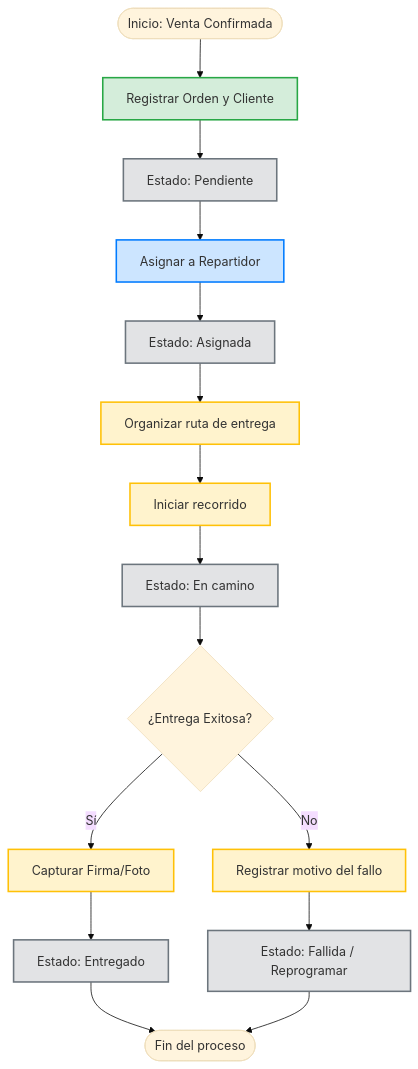
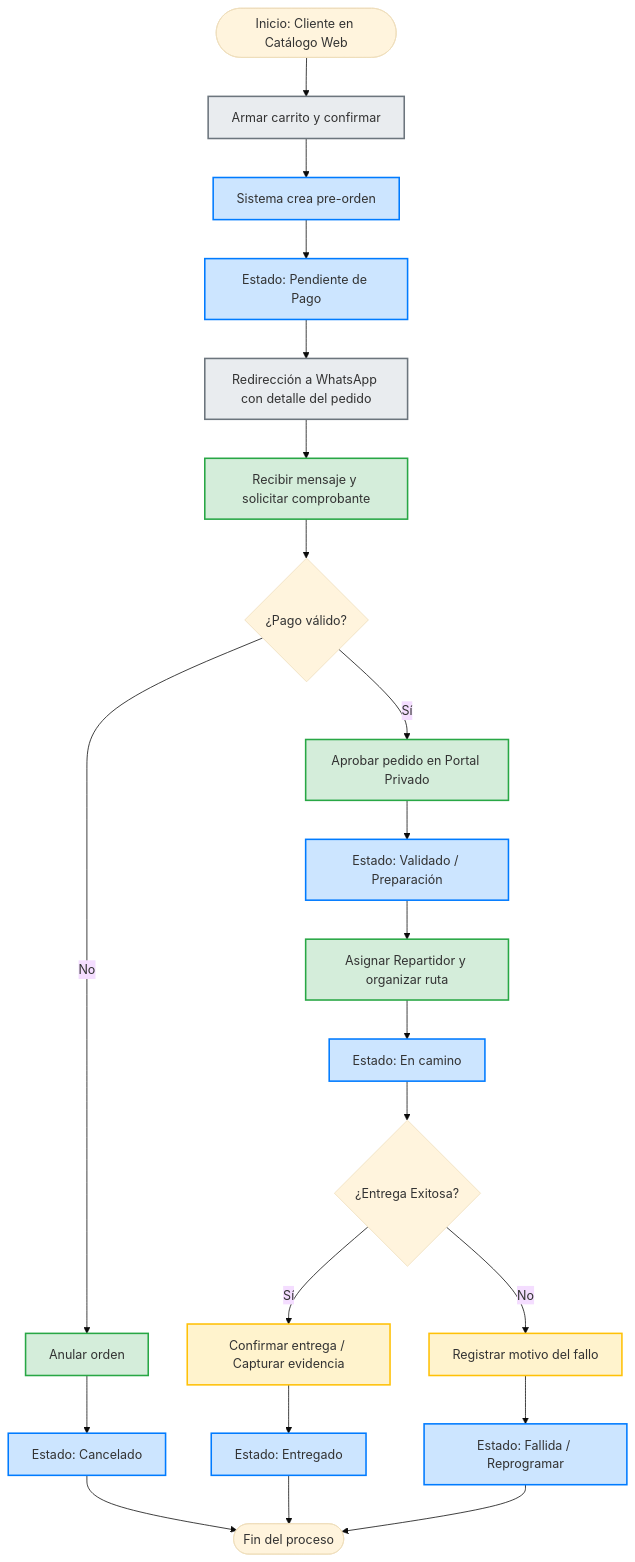
The diagram in docs/03-processes/02-delivery-flow.md (Jesusdanielseg/Etherware), drawn with Mermaid (base theme) before and after one commit. The commit also changed other lines of this file and 17 other files, not shown here.

````diff
--- a/docs/03-processes/02-delivery-flow.md
+++ b/docs/03-processes/02-delivery-flow.md
@@ -15,26 +14,35 @@
 ```mermaid
 flowchart TD
-    %% Definición de Actores mediante colores/estilos
+    %% Definición de Actores
+    classDef cliente fill:#e9ecef,stroke:#6c757d,stroke-width:2px;
     classDef vendedor fill:#d4edda,stroke:#28a745,stroke-width:2px;
-    classDef logistica fill:#cce5ff,stroke:#007bff,stroke-width:2px;
     classDef repartidor fill:#fff3cd,stroke:#ffc107,stroke-width:2px;
-    classDef sistema fill:#e2e3e5,stroke:#6c757d,stroke-width:2px;
+    classDef sistema fill:#cce5ff,stroke:#007bff,stroke-width:2px;
 
-    A([Inicio: Venta Confirmada]) --> B[Registrar Orden y Cliente]:::vendedor
-    B --> C[Estado: Pendiente]:::sistema
-    C --> D[Asignar a Repartidor]:::logistica
-    D --> E[Estado: Asignada]:::sistema
-    E --> F[Organizar ruta de entrega]:::repartidor
-    F --> G[Iniciar recorrido]:::repartidor
-    G --> H[Estado: En camino]:::sistema
-    H --> I{¿Entrega Exitosa?}
+    A([Inicio: Cliente en Catálogo Web]) --> B[Armar carrito y confirmar]:::cliente
+    B --> C[Sistema crea pre-orden]:::sistema
+    C --> D[Estado: Pendiente de Pago]:::sistema
+    D --> E[Redirección a WhatsApp con detalle del pedido]:::cliente
   
-    I -- Sí --> J[Capturar Firma/Foto]:::repartidor
-    J --> K[Estado: Entregado]:::sistema
+    E --> F[Recibir mensaje y solicitar comprobante]:::vendedor
+    F --> G{¿Pago válido?}
   
-    I -- No --> L[Registrar motivo del fallo]:::repartidor
-    L --> M[Estado: Fallida / Reprogramar]:::sistema
+    G -- No --> H[Anular orden]:::vendedor
+    H --> I[Estado: Cancelado]:::sistema
   
-    K --> N([Fin del proceso])
-    M --> N
+    G -- Sí --> J[Aprobar pedido en Portal Privado]:::vendedor
+    J --> K[Estado: Validado / Preparación]:::sistema
+    K --> L[Asignar Repartidor y organizar ruta]:::vendedor
+    L --> M[Estado: En camino]:::sistema
+    M --> N{¿Entrega Exitosa?}
+  
+    N -- Sí --> O[Confirmar entrega / Capturar evidencia]:::repartidor
+    O --> P[Estado: Entregado]:::sistema
+  
+    N -- No --> Q[Registrar motivo del fallo]:::repartidor
+    Q --> R[Estado: Fallida / Reprogramar]:::sistema
+  
+    I --> S([Fin del proceso])
+    P --> S
+    R --> S
 ```
````
